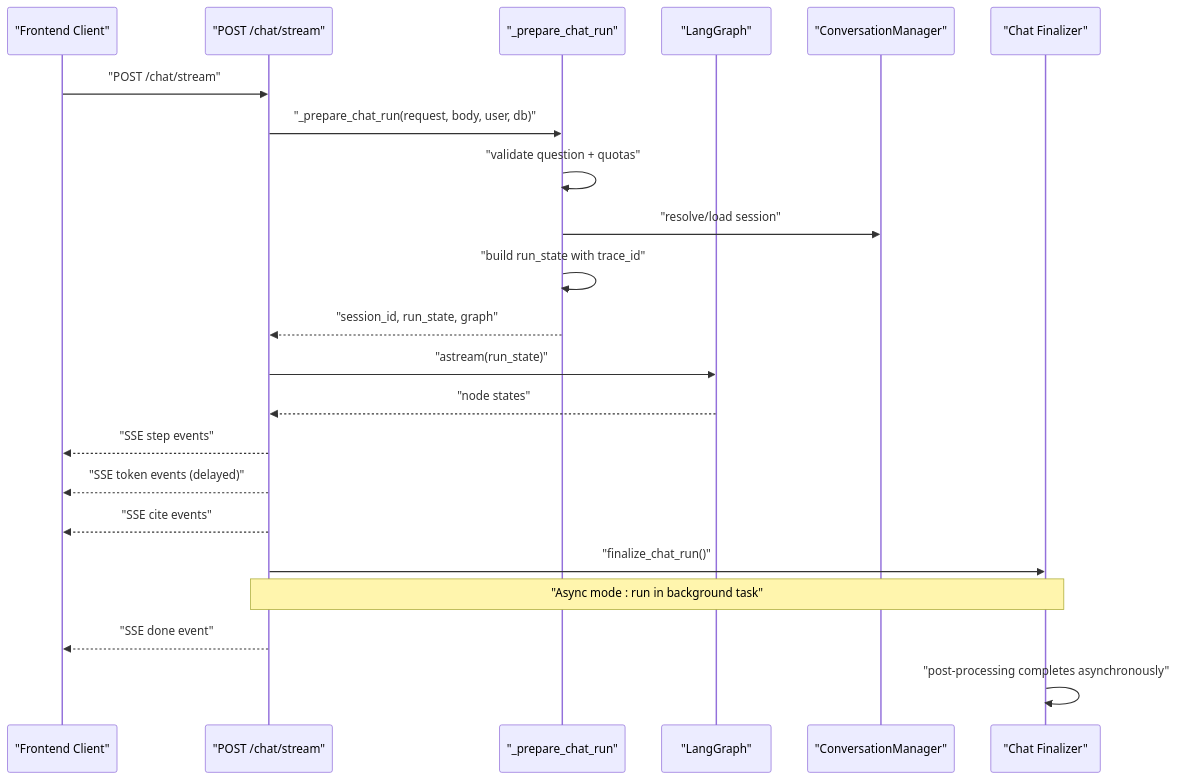
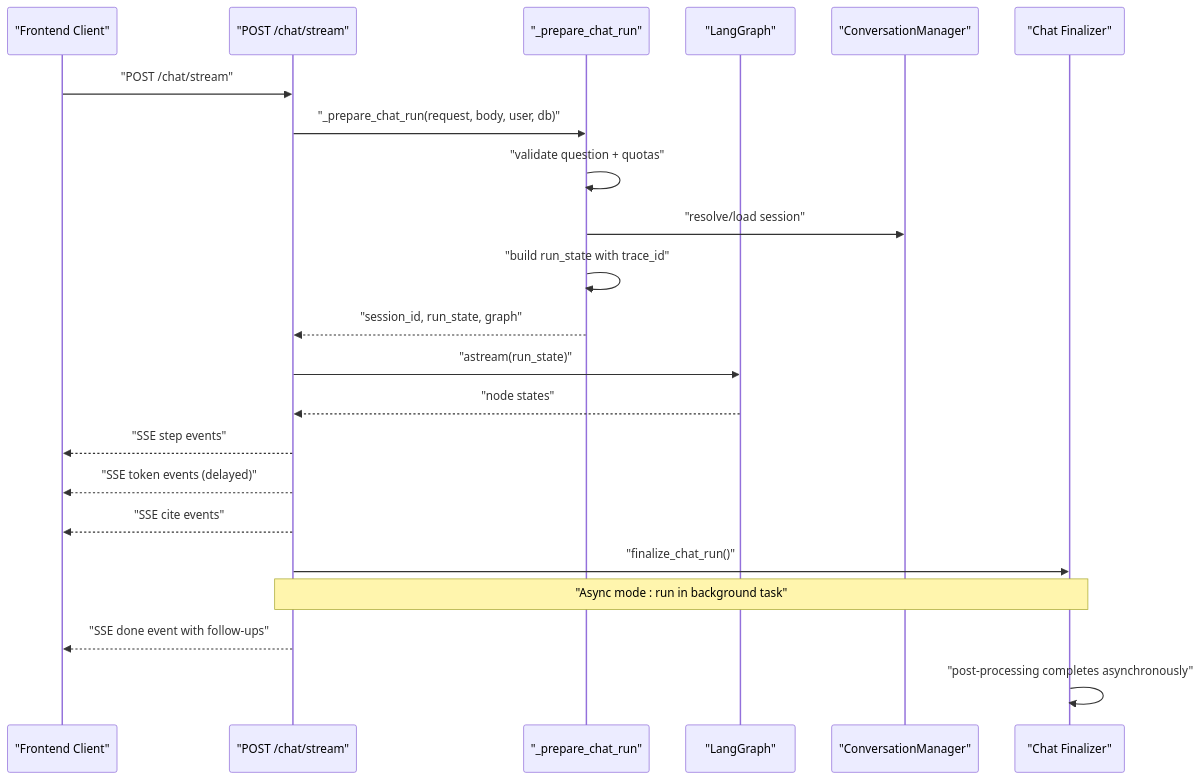
The fourth of 7 diagrams in .qoder/repowiki/en/content/Backend Development/API Endpoints/Chat Endpoints.md (genes8/private-ai), drawn with Mermaid before and after one commit. The commit also changed other lines of this file and 36 other files, not shown here.

````diff
--- a/.qoder/repowiki/en/content/Backend Development/API Endpoints/Chat Endpoints.md
+++ b/.qoder/repowiki/en/content/Backend Development/API Endpoints/Chat Endpoints.md
@@ -293,24 +306,24 @@
 ```mermaid
 sequenceDiagram
 participant FE as "Frontend Client"
 participant Routes as "POST /chat/stream"
 participant Preflight as "_prepare_chat_run"
 participant Graph as "LangGraph"
 participant Conv as "ConversationManager"
 participant Finalizer as "Chat Finalizer"
 FE->>Routes : "POST /chat/stream"
 Routes->>Preflight : "_prepare_chat_run(request, body, user, db)"
 Preflight->>Preflight : "validate question + quotas"
 Preflight->>Conv : "resolve/load session"
 Preflight->>Preflight : "build run_state with trace_id"
 Preflight-->>Routes : "session_id, run_state, graph"
 Routes->>Graph : "astream(run_state)"
 Graph-->>Routes : "node states"
 Routes-->>FE : "SSE step events"
 Routes-->>FE : "SSE token events (delayed)"
 Routes-->>FE : "SSE cite events"
 Routes->>Finalizer : "finalize_chat_run()"
 Note over Routes,Finalizer : "Async mode : run in background task"
-Routes-->>FE : "SSE done event"
+Routes-->>FE : "SSE done event with follow-ups"
 Finalizer->>Finalizer : "post-processing completes asynchronously"
 ```
````
